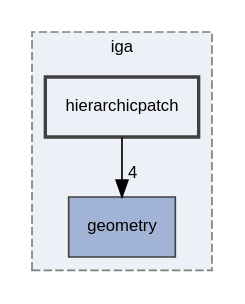
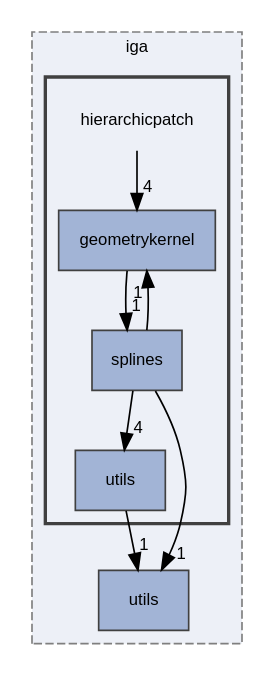
Before and after one commit to rath3t/dune-iga-doc: the diagram in dir_12fc9e68aad46ae2d80ba50ef1c96d76_dep.dot, drawn with Graphviz. The commit also changed 1230 other files, not shown here.

```diff
--- a/dir_12fc9e68aad46ae2d80ba50ef1c96d76_dep.dot
+++ b/dir_12fc9e68aad46ae2d80ba50ef1c96d76_dep.dot
@@ -1,13 +1,24 @@
 digraph "hierarchicpatch"
 {
  // LATEX_PDF_SIZE
   edge [fontname="Helvetica",fontsize="10",labelfontname="Helvetica",labelfontsize="10"];
   node [fontname="Helvetica",fontsize="10",shape=record];
   compound=true
   subgraph clusterdir_d2a3c23294a1b1015b1b8e8721ddded8 {
     graph [ bgcolor="#edf0f7", pencolor="grey50", style="filled,dashed,", label="iga", fontname="Helvetica", fontsize="10", URL="dir_d2a3c23294a1b1015b1b8e8721ddded8.html"]
-  dir_b534248905b8119b36a62f0ff7e8fe43 [shape=box, label="geometry", style="filled,", fillcolor="#a2b4d6", color="grey25", URL="dir_b534248905b8119b36a62f0ff7e8fe43.html"];
-  dir_12fc9e68aad46ae2d80ba50ef1c96d76 [shape=box, label="hierarchicpatch", style="filled,bold,", fillcolor="#edf0f7", color="grey25", URL="dir_12fc9e68aad46ae2d80ba50ef1c96d76.html"];
+  dir_054fedf05f142c88b967e78541d2ed3d [shape=box, label="utils", style="filled,", fillcolor="#a2b4d6", color="grey25", URL="dir_054fedf05f142c88b967e78541d2ed3d.html"];
+  subgraph clusterdir_12fc9e68aad46ae2d80ba50ef1c96d76 {
+    graph [ bgcolor="#edf0f7", pencolor="grey25", style="filled,bold,", label="", fontname="Helvetica", fontsize="10", URL="dir_12fc9e68aad46ae2d80ba50ef1c96d76.html"]
+    dir_12fc9e68aad46ae2d80ba50ef1c96d76 [shape=plaintext, label="hierarchicpatch"];
+  dir_dd59cf058be4b87402b3a744c5ea20b5 [shape=box, label="geometrykernel", style="filled,", fillcolor="#a2b4d6", color="grey25", URL="dir_dd59cf058be4b87402b3a744c5ea20b5.html"];
+  dir_db7a8382cbcdbcaaeb9c3dd2ed6d6157 [shape=box, label="splines", style="filled,", fillcolor="#a2b4d6", color="grey25", URL="dir_db7a8382cbcdbcaaeb9c3dd2ed6d6157.html"];
+  dir_29e36e3869dd8211c6d429092de827ad [shape=box, label="utils", style="filled,", fillcolor="#a2b4d6", color="grey25", URL="dir_29e36e3869dd8211c6d429092de827ad.html"];
   }
-  dir_12fc9e68aad46ae2d80ba50ef1c96d76->dir_b534248905b8119b36a62f0ff7e8fe43 [headlabel="4", labeldistance=1.5 headhref="dir_000004_000003.html"];
+  }
+  dir_12fc9e68aad46ae2d80ba50ef1c96d76->dir_dd59cf058be4b87402b3a744c5ea20b5 [headlabel="4", labeldistance=1.5 headhref="dir_000004_000003.html"];
+  dir_dd59cf058be4b87402b3a744c5ea20b5->dir_db7a8382cbcdbcaaeb9c3dd2ed6d6157 [headlabel="1", labeldistance=1.5 headhref="dir_000003_000010.html"];
+  dir_db7a8382cbcdbcaaeb9c3dd2ed6d6157->dir_054fedf05f142c88b967e78541d2ed3d [headlabel="1", labeldistance=1.5 headhref="dir_000010_000013.html"];
+  dir_db7a8382cbcdbcaaeb9c3dd2ed6d6157->dir_29e36e3869dd8211c6d429092de827ad [headlabel="4", labeldistance=1.5 headhref="dir_000010_000012.html"];
+  dir_db7a8382cbcdbcaaeb9c3dd2ed6d6157->dir_dd59cf058be4b87402b3a744c5ea20b5 [headlabel="1", labeldistance=1.5 headhref="dir_000010_000003.html"];
+  dir_29e36e3869dd8211c6d429092de827ad->dir_054fedf05f142c88b967e78541d2ed3d [headlabel="1", labeldistance=1.5 headhref="dir_000012_000013.html"];
 }
```
